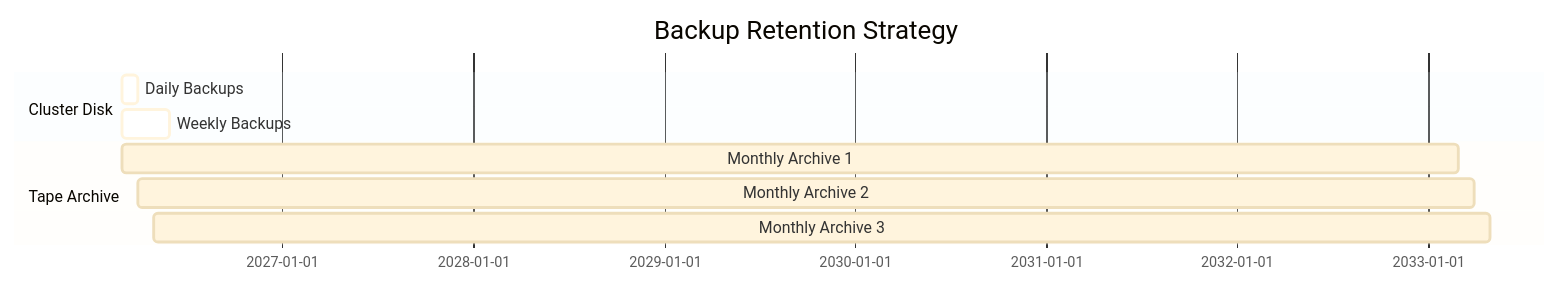
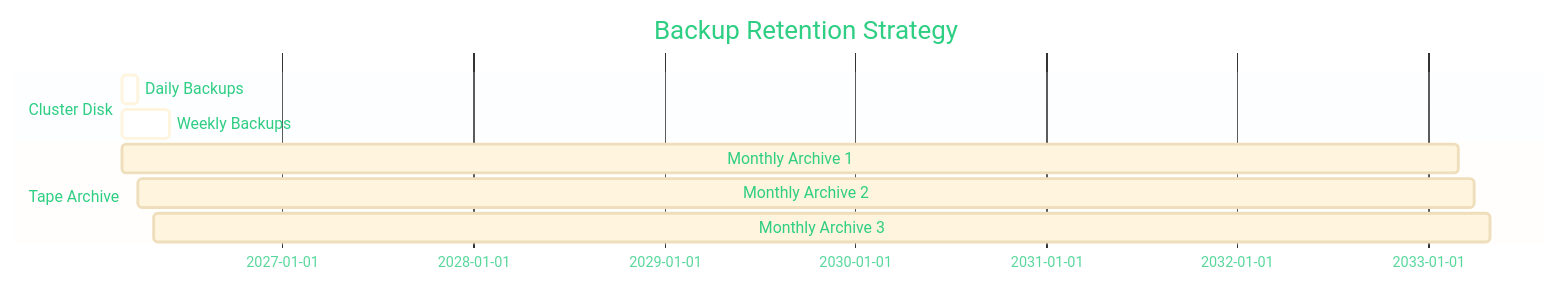
The ninth of 17 diagrams in blueprint/integrations/data-protect/defender-data-protect-with-storage-protect-tape-integration.md (TarSemaj/storage-protect-galaxy), drawn with Mermaid before and after one commit. The commit also changed other lines of this file, not shown here.

````diff
--- a/blueprint/integrations/data-protect/defender-data-protect-with-storage-protect-tape-integration.md
+++ b/blueprint/integrations/data-protect/defender-data-protect-with-storage-protect-tape-integration.md
@@ -683,13 +777,37 @@
 ```mermaid
-%%{init: {'theme':'base', 'themeVariables': {'fontSize':'13px', 'fontFamily':'arial', 'background':'white', 'primaryBackground':'white', 'mainBkg':'white', 'nodeBorder':'#333333', 'edgeLabelBackground':'white', 'primaryTextColor':'#333333', 'lineColor':'#333333', 'sectionBkgColor':'#f0f9ff', 'altSectionBkgColor':'#fffaf0', 'gridColor':'#cccccc', 'todayLineColor':'#ff6666'}}}%%
+%%{init: {
+  'theme': 'base',
+  'themeVariables': {
+    'fontSize': '13px',
+    'fontFamily': 'arial',
+
+    'background': '#ffffff',
+    'primaryBackground': '#ffffff',
+    'mainBkg': '#ffffff',
+    'secondaryColor': '#ffffff',
+    'tertiaryColor': '#ffffff',
+
+    'primaryTextColor': '#2ece83',
+    'secondaryTextColor': '#2ece83',
+    'tertiaryTextColor': '#2ece83',
+    'textColor': '#2ece83',
+
+    'lineColor': '#333333',
+    'gridColor': '#cccccc',
+    'todayLineColor': '#ff6666',
+
+    'sectionBkgColor': '#f0f9ff',
+    'altSectionBkgColor': '#fffaf0'
+  }
+}}%%
 gantt
     title Backup Retention Strategy
     dateFormat YYYY-MM-DD
     section Cluster Disk
     Daily Backups     :active, daily, 2026-03-01, 30d
     Weekly Backups    :active, weekly, 2026-03-01, 90d
     section Tape Archive
     Monthly Archive 1 :tape1, 2026-03-01, 2555d
     Monthly Archive 2 :tape2, 2026-04-01, 2555d
     Monthly Archive 3 :tape3, 2026-05-01, 2555d
 ```
````
